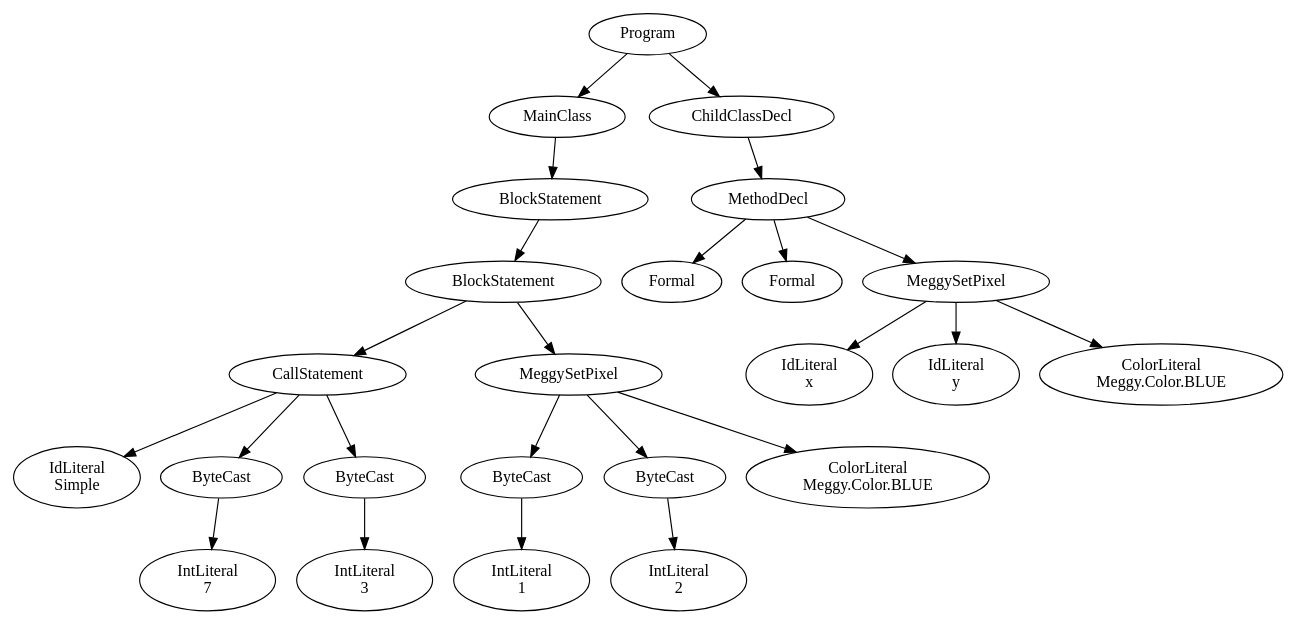
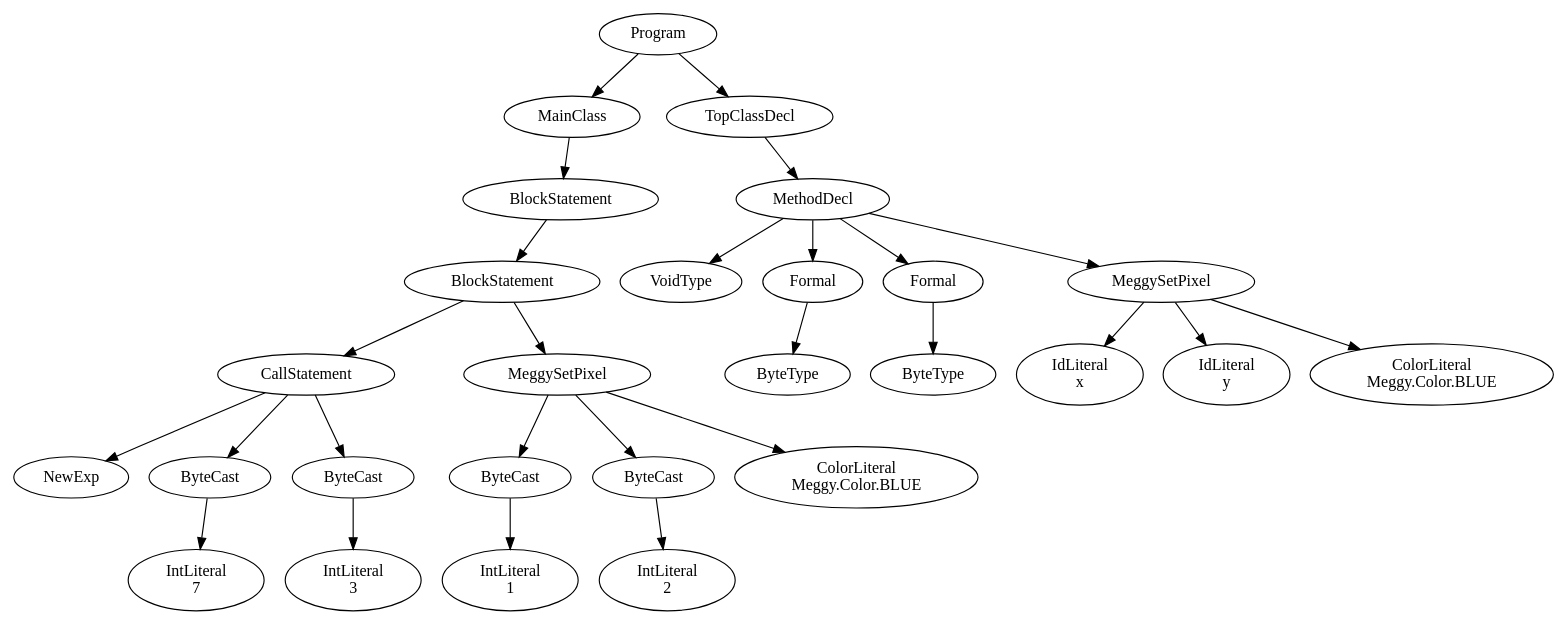
The diagram in PA4/PA4Start/PA4bluedot.java.ast.dot (DanielSBrown/compilers), drawn with Graphviz before and after one commit. The commit also changed 5 other files, not shown here.

```diff
--- a/PA4/PA4Start/PA4bluedot.java.ast.dot
+++ b/PA4/PA4Start/PA4bluedot.java.ast.dot
@@ -1,49 +1,55 @@
 digraph ASTGraph {
 0 [ label="Program" ];
 1 [ label="MainClass" ];
 0 -> 1
 2 [ label="BlockStatement" ];
 1 -> 2
 3 [ label="BlockStatement" ];
 2 -> 3
 4 [ label="CallStatement" ];
 3 -> 4
-5 [ label="IdLiteral\nSimple" ];
+5 [ label="NewExp" ];
 4 -> 5
 6 [ label="ByteCast" ];
 4 -> 6
 7 [ label="IntLiteral\n7" ];
 6 -> 7
 8 [ label="ByteCast" ];
 4 -> 8
 9 [ label="IntLiteral\n3" ];
 8 -> 9
 10 [ label="MeggySetPixel" ];
 3 -> 10
 11 [ label="ByteCast" ];
 10 -> 11
 12 [ label="IntLiteral\n1" ];
 11 -> 12
 13 [ label="ByteCast" ];
 10 -> 13
 14 [ label="IntLiteral\n2" ];
 13 -> 14
 15 [ label="ColorLiteral\nMeggy.Color.BLUE" ];
 10 -> 15
-16 [ label="ChildClassDecl" ];
+16 [ label="TopClassDecl" ];
 0 -> 16
 17 [ label="MethodDecl" ];
 16 -> 17
-18 [ label="Formal" ];
+18 [ label="VoidType" ];
 17 -> 18
 19 [ label="Formal" ];
 17 -> 19
-20 [ label="MeggySetPixel" ];
-17 -> 20
-21 [ label="IdLiteral\nx" ];
-20 -> 21
-22 [ label="IdLiteral\ny" ];
-20 -> 22
-23 [ label="ColorLiteral\nMeggy.Color.BLUE" ];
-20 -> 23
+20 [ label="ByteType" ];
+19 -> 20
+21 [ label="Formal" ];
+17 -> 21
+22 [ label="ByteType" ];
+21 -> 22
+23 [ label="MeggySetPixel" ];
+17 -> 23
+24 [ label="IdLiteral\nx" ];
+23 -> 24
+25 [ label="IdLiteral\ny" ];
+23 -> 25
+26 [ label="ColorLiteral\nMeggy.Color.BLUE" ];
+23 -> 26
 }
```
